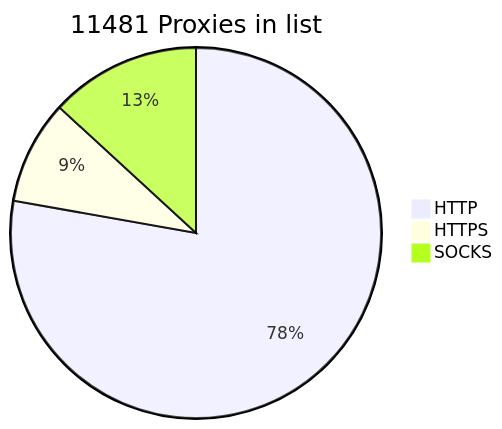
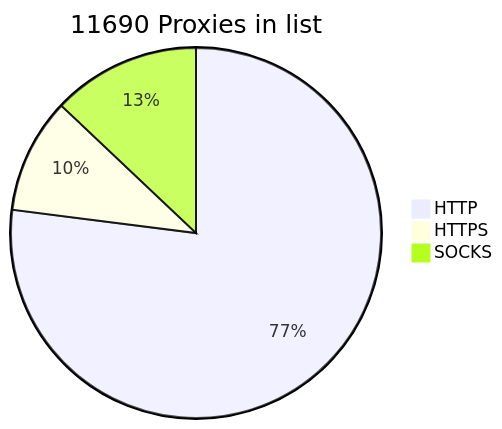
The diagram in README.md (BlackSnowDot/proxylist-update-every-minute), drawn with Mermaid before and after one commit. The commit also changed other lines of this file, not shown here.

````diff
--- a/README.md
+++ b/README.md
@@ -2,6 +2,6 @@
 ```mermaid
-pie title 11481 Proxies in list
-    "HTTP" : 8931
-    "HTTPS": 1038
-    "SOCKS" : 1512
+pie title 11690 Proxies in list
+    "HTTP" : 9002
+    "HTTPS": 1175
+    "SOCKS" : 1513
 ```
````
